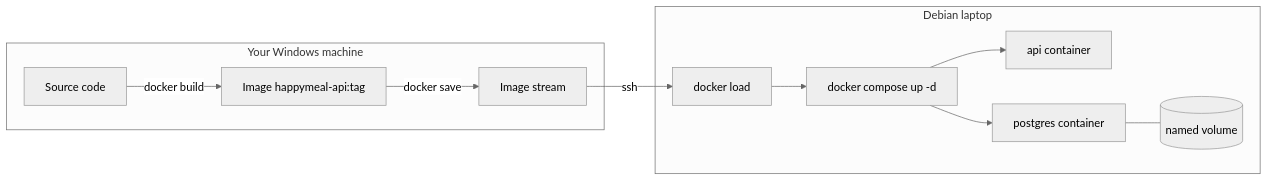
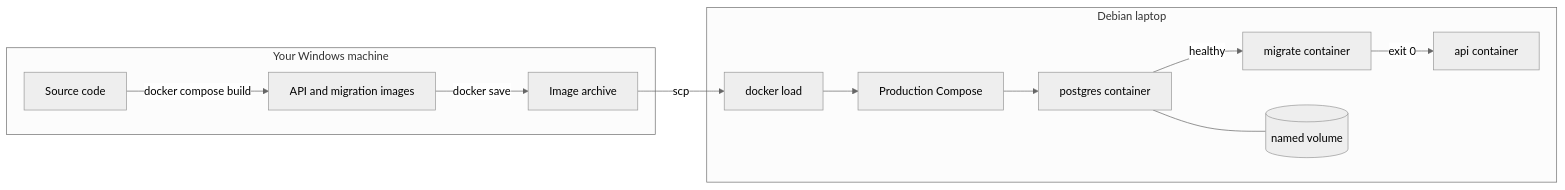
Before and after one commit to juampiii/HappyMeal: the diagram in Happymeal-BE/docs/learning/02-docker-compose-build-and-deploy.md, drawn with Mermaid (neutral theme). The commit also changed other lines of this file and 3 other files, not shown here.

````diff
--- a/Happymeal-BE/docs/learning/02-docker-compose-build-and-deploy.md
+++ b/Happymeal-BE/docs/learning/02-docker-compose-build-and-deploy.md
@@ -17,14 +17,15 @@
 ```mermaid
 flowchart LR
     subgraph Dev[Your Windows machine]
-        S[Source code] -- docker build --> I[Image happymeal-api:tag]
-        I -- docker save --> T[Image stream]
+        S[Source code] -- docker compose build --> I[API and migration images]
+        I -- docker save --> T[Image archive]
     end
-    T -- ssh --> L
+    T -- scp --> L
     subgraph Srv[Debian laptop]
-        L[docker load] --> C[docker compose up -d]
-        C --> A[api container]
+        L[docker load] --> C[Production Compose]
         C --> P[postgres container]
+        P -- healthy --> M[migrate container]
+        M -- exit 0 --> A[api container]
         P --- V[(named volume)]
     end
 ```
````
